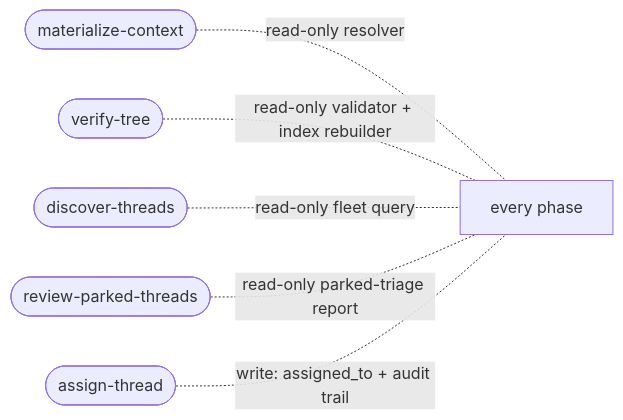
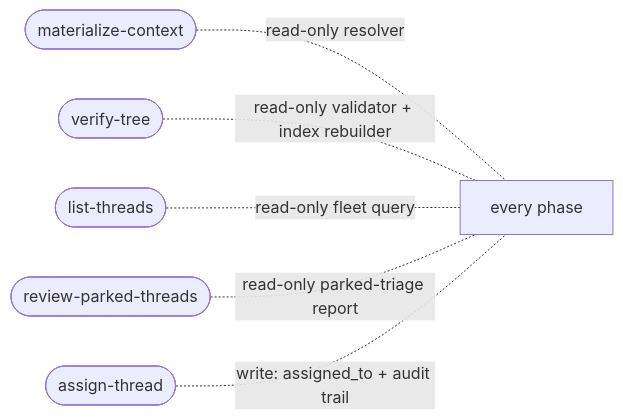
Before and after one commit to taotan-eng/project-brain: the second of 4 diagrams in README.md, drawn with Mermaid. The commit also changed other lines of this file and 15 other files, not shown here.

Commit message:
rename: discover-threads → list-threads (safety: tab-typo collision with discard-thread)

````diff
--- a/README.md
+++ b/README.md
@@ -200,8 +200,8 @@
 ```mermaid
 flowchart LR
     MC([materialize-context]) -.read-only resolver.- ALL[every phase]
     VT([verify-tree]) -.read-only validator + index rebuilder.- ALL
-    DT([discover-threads]) -.read-only fleet query.- ALL
+    DT([list-threads]) -.read-only fleet query.- ALL
     RP([review-parked-threads]) -.read-only parked-triage report.- ALL
     AT([assign-thread]) -.write: assigned_to + audit trail.- ALL
 ```
````
